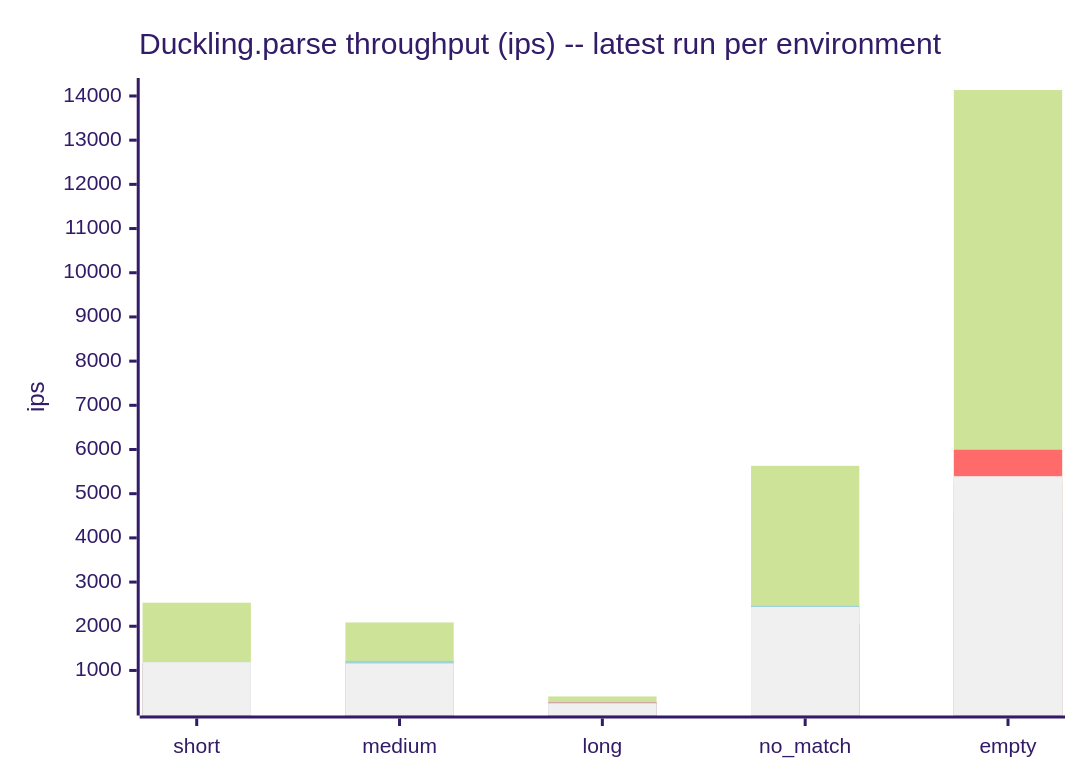
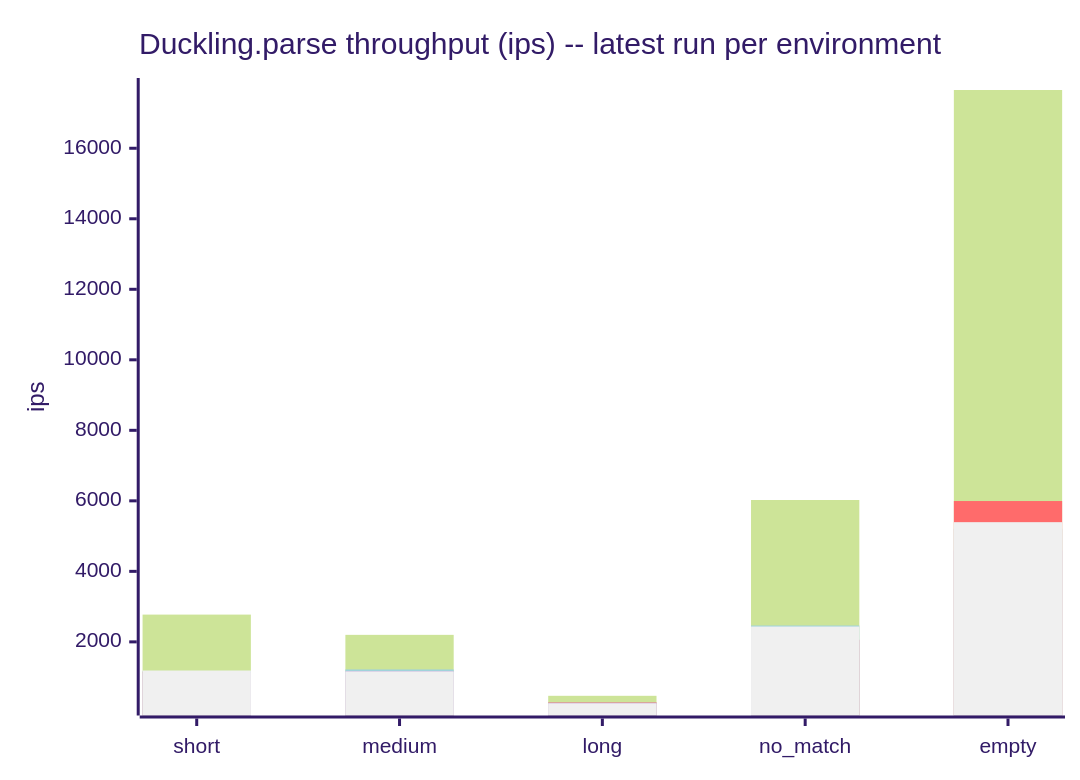
One commit to cpb/duckling changed the sixth of 7 diagrams in docs/benchmarks/README.md. Above: the diagram before and after it, drawn with Mermaid (forest theme). The commit also changed other lines of this file and 1 other file, not shown here.

Commit message:
Record github-actions benchmark results for 0.4.4

````diff
--- a/docs/benchmarks/README.md
+++ b/docs/benchmarks/README.md
@@ -211,11 +211,11 @@
 ```mermaid
 xychart-beta
     title "Duckling.parse throughput (ips) -- latest run per environment"
     x-axis [short, medium, long, no_match, empty]
     y-axis "ips"
-    bar "github-actions" [2533.2, 2086.4, 411.8, 5630.9, 14135.3]
+    bar "github-actions" [2773.6, 2198.8, 470.2, 6023.7, 17652.5]
     bar "claude-code-web" [1154.4, 1064.6, 284.8, 2058.0, 5994.3]
     bar "local-3.3" [1175.1, 1217.2, 273.9, 2464.0, 5206.5]
     bar "local-3.4" [1116.0, 1168.6, 267.9, 2056.4, 4592.3]
     bar "local-4.0" [1187.1, 1156.8, 252.0, 2435.1, 5395.4]
 ```
````
